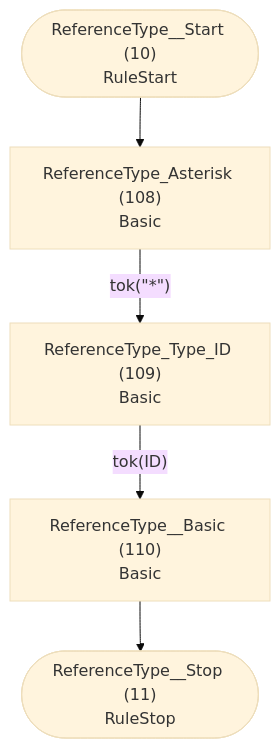
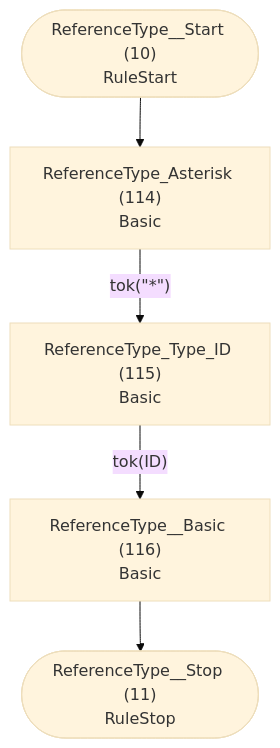
One commit to TypeFox/fastbelt changed the sixth of 28 diagrams in internal/grammar/atn.md. Above: the diagram before and after it, drawn with Mermaid (base theme). The commit also changed other lines of this file and 8 other files, not shown here.

````diff
--- a/internal/grammar/atn.md
+++ b/internal/grammar/atn.md
@@ -179,13 +184,13 @@
 ```mermaid
 flowchart TD
     q10(["ReferenceType__Start (10)<br/>RuleStart"])
     q11(["ReferenceType__Stop (11)<br/>RuleStop"])
-    q108["ReferenceType_Asterisk (108)<br/>Basic<br/>"]
-    q109["ReferenceType_Type_ID (109)<br/>Basic<br/>"]
-    q110["ReferenceType__Basic (110)<br/>Basic<br/>"]
+    q114["ReferenceType_Asterisk (114)<br/>Basic<br/>"]
+    q115["ReferenceType_Type_ID (115)<br/>Basic<br/>"]
+    q116["ReferenceType__Basic (116)<br/>Basic<br/>"]
 
-    q10 --> q108
-    q108 -->|"tok(&quot;*&quot;)"| q109
-    q109 -->|"tok(ID)"| q110
-    q110 --> q11
+    q10 --> q114
+    q114 -->|"tok(&quot;*&quot;)"| q115
+    q115 -->|"tok(ID)"| q116
+    q116 --> q11
 ```
````
